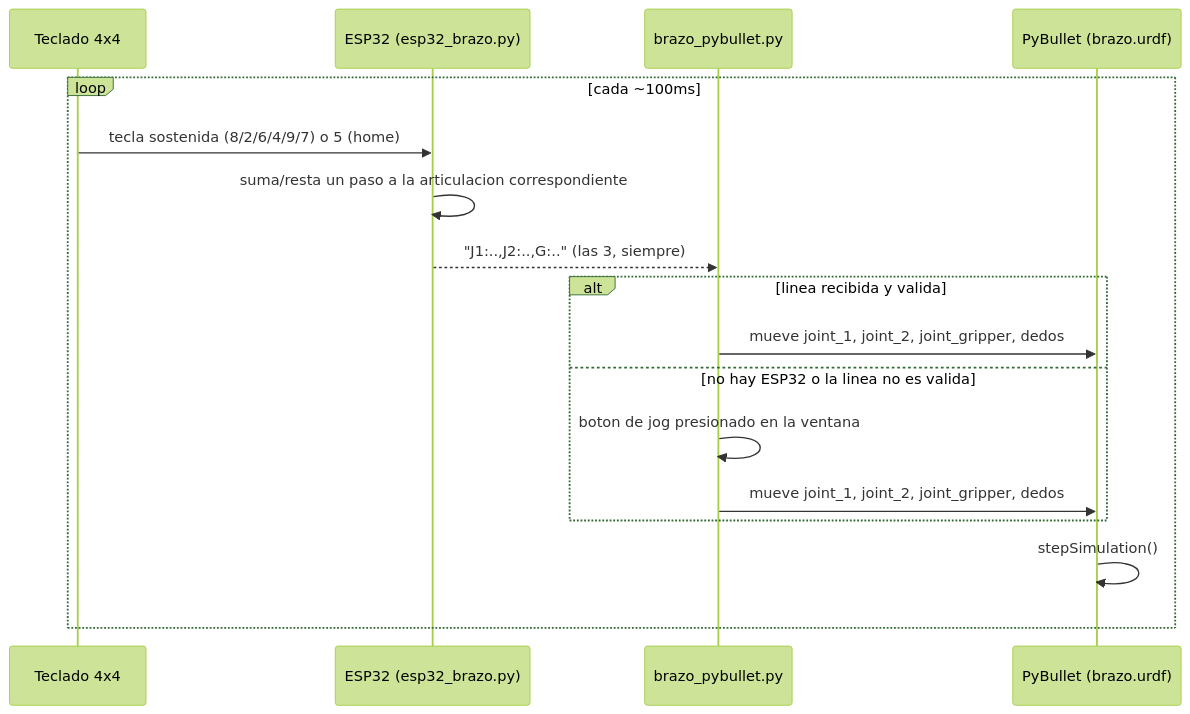
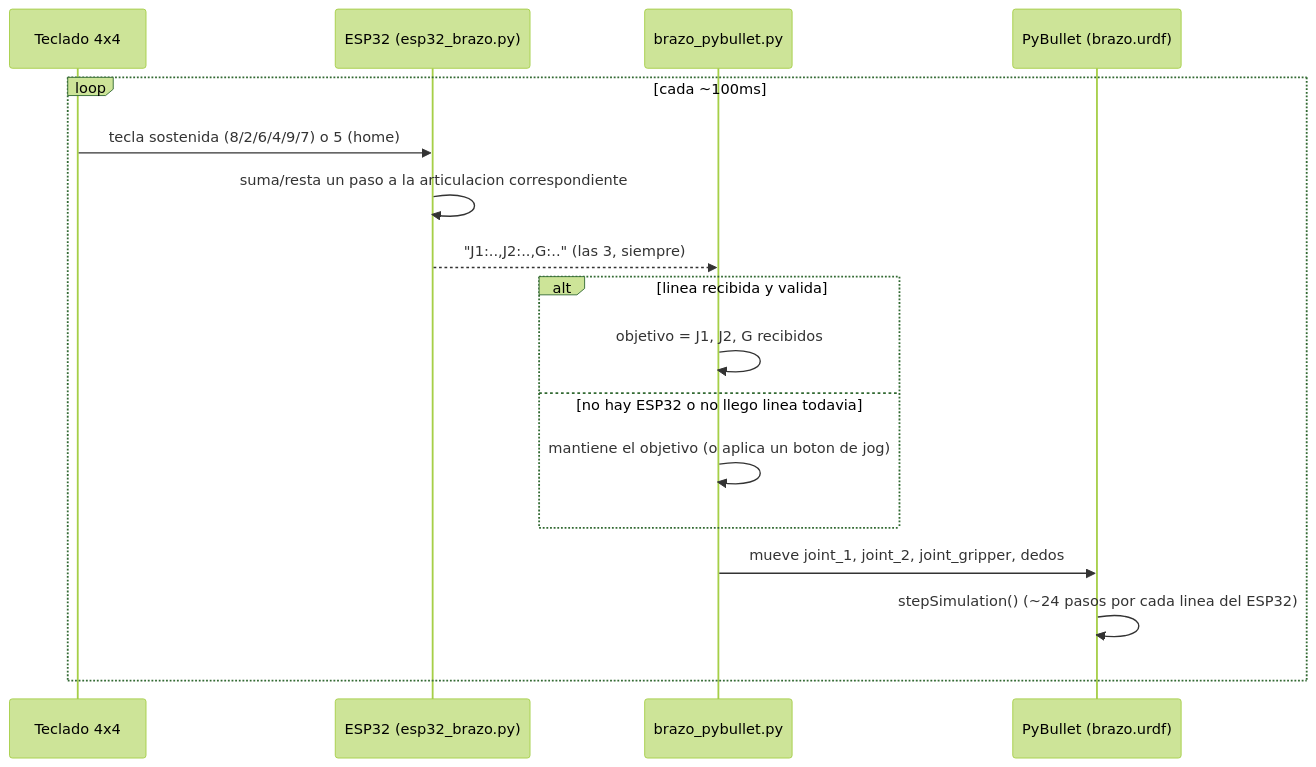
The second of 2 diagrams in 7-brazo-robotico-urdf/README.md (Dathinel/Sensores-Teoria), drawn with Mermaid (forest theme) before and after one commit. The commit also changed other lines of this file and 72 other files, not shown here.

````diff
--- a/7-brazo-robotico-urdf/README.md
+++ b/7-brazo-robotico-urdf/README.md
@@ -48,20 +56,20 @@
 ```mermaid
 sequenceDiagram
     participant Teclado as Teclado 4x4
     participant ESP as ESP32 (esp32_brazo.py)
     participant PC as brazo_pybullet.py
     participant Sim as PyBullet (brazo.urdf)
 
     loop cada ~100ms
         Teclado->>ESP: tecla sostenida (8/2/6/4/9/7) o 5 (home)
         ESP->>ESP: suma/resta un paso a la articulacion correspondiente
         ESP-->>PC: "J1:..,J2:..,G:.." (las 3, siempre)
         alt linea recibida y valida
-            PC->>Sim: mueve joint_1, joint_2, joint_gripper, dedos
-        else no hay ESP32 o la linea no es valida
-            PC->>PC: boton de jog presionado en la ventana
-            PC->>Sim: mueve joint_1, joint_2, joint_gripper, dedos
+            PC->>PC: objetivo = J1, J2, G recibidos
+        else no hay ESP32 o no llego linea todavia
+            PC->>PC: mantiene el objetivo (o aplica un boton de jog)
         end
-        Sim->>Sim: stepSimulation()
+        PC->>Sim: mueve joint_1, joint_2, joint_gripper, dedos
+        Sim->>Sim: stepSimulation() (~24 pasos por cada linea del ESP32)
     end
 ```
````
